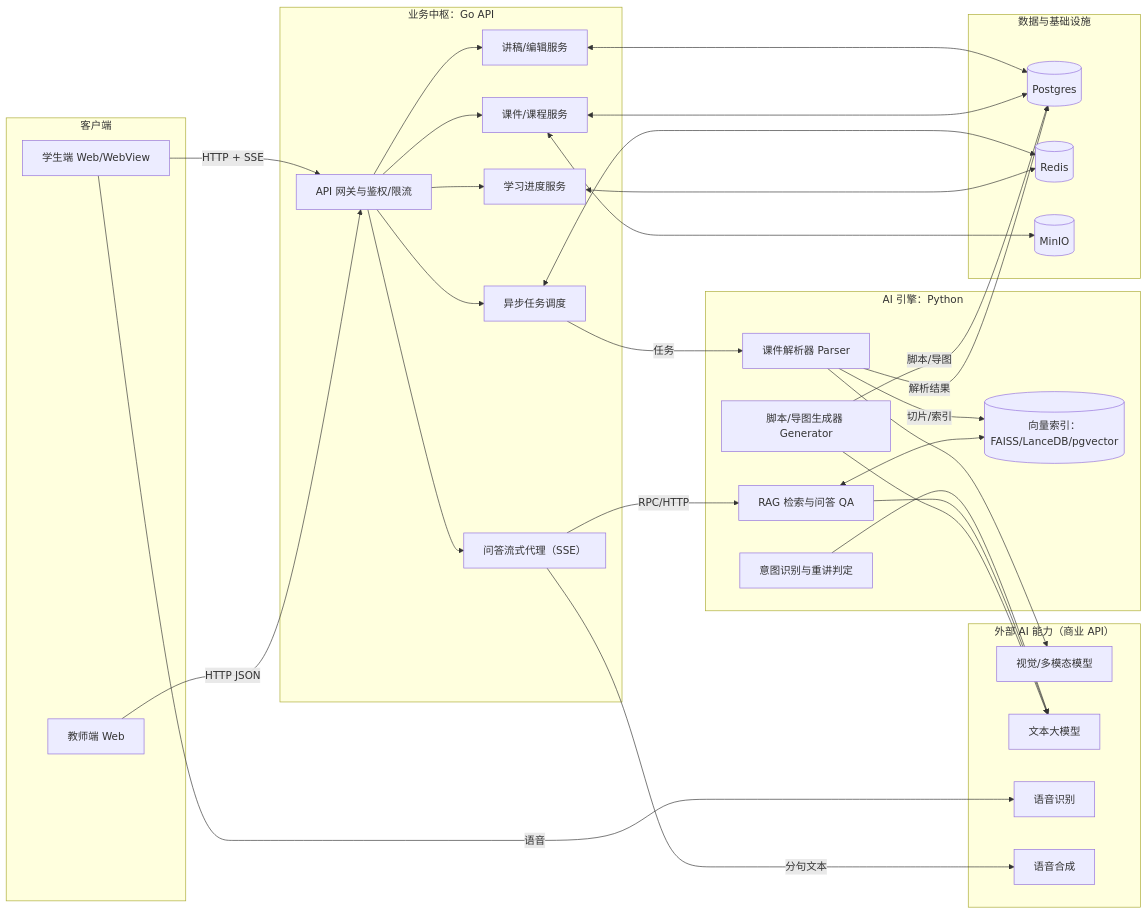
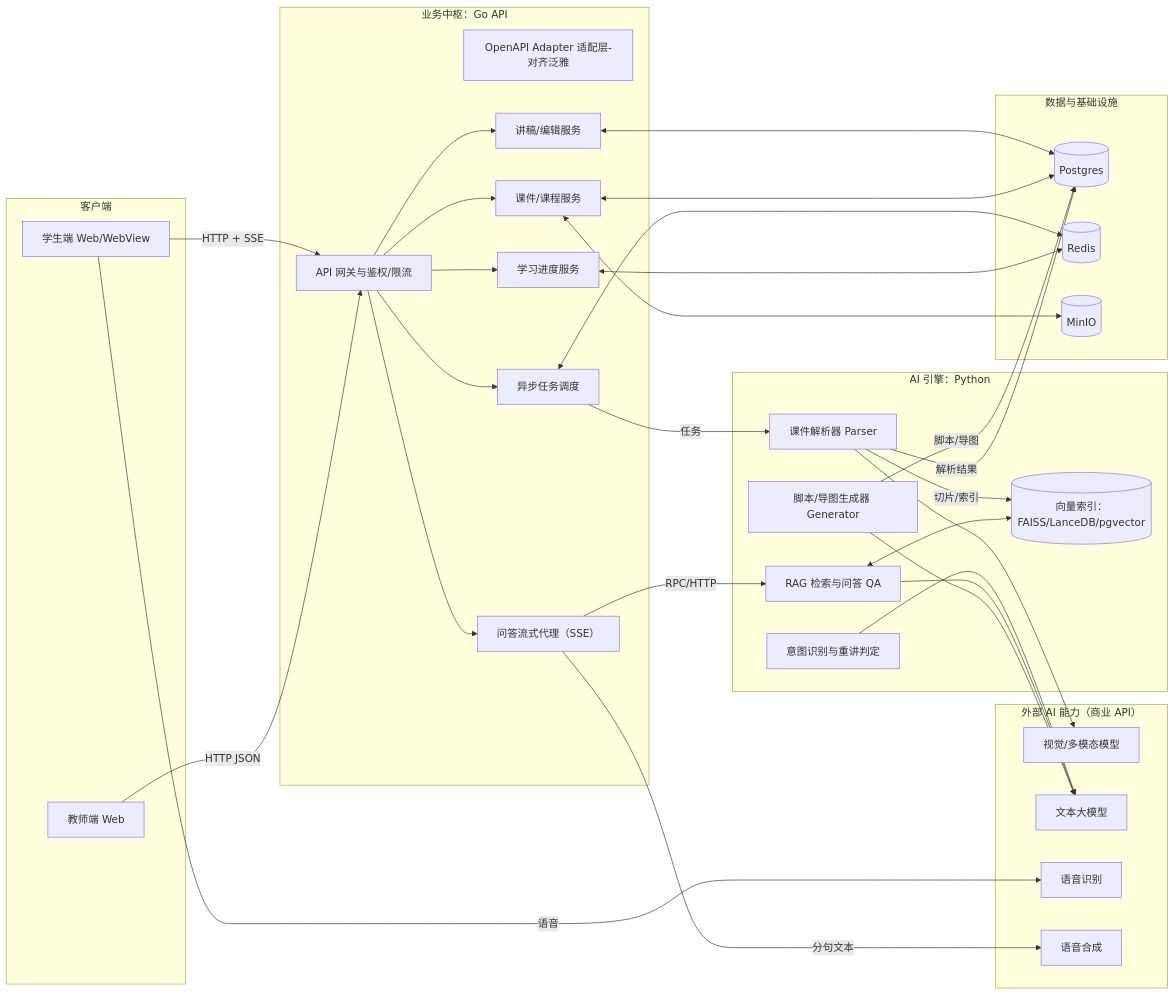
One commit to SOLECA794/FuWuWaiBao changed the first of 3 diagrams in docs/系统架构说明.md. Above: the diagram before and after it, drawn with Mermaid. The commit also changed other lines of this file and 83 other files, not shown here.

````diff
--- a/docs/系统架构说明.md
+++ b/docs/系统架构说明.md
@@ -46,72 +70,73 @@
 ```mermaid
 flowchart LR
   %% Clients
   subgraph C[客户端]
     T[教师端 Web]
     S[学生端 Web/WebView]
   end
 
   %% Backend
   subgraph B[业务中枢：Go API]
     GW[API 网关与鉴权/限流]
+    AD[OpenAPI Adapter 适配层-对齐泛雅]
     CourseSvc[课件/课程服务]
     ScriptSvc[讲稿/编辑服务]
     ProgressSvc[学习进度服务]
     QAProxy[问答流式代理（SSE）]
     JobSvc[异步任务调度]
   end
 
   %% AI
   subgraph A[AI 引擎：Python]
     Parse[课件解析器 Parser]
     Gen[脚本/导图生成器 Generator]
     RAG[RAG 检索与问答 QA]
     Intent[意图识别与重讲判定]
     Vec[(向量索引：FAISS/LanceDB/pgvector)]
   end
 
   %% Infra
   subgraph D[数据与基础设施]
     PG[(Postgres)]
     R[(Redis)]
     M[(MinIO)]
   end
 
   %% External AI
   subgraph X[外部 AI 能力（商业 API）]
     VLM[视觉/多模态模型]
     LLM[文本大模型]
     ASR[语音识别]
     TTS[语音合成]
   end
 
   T -->|HTTP JSON| GW
   S -->|HTTP + SSE| GW
 
   GW --> CourseSvc
   GW --> ScriptSvc
   GW --> ProgressSvc
   GW --> QAProxy
   GW --> JobSvc
 
   CourseSvc <--> PG
   ScriptSvc <--> PG
   ProgressSvc <--> R
   CourseSvc <--> M
 
   JobSvc <--> R
   JobSvc -->|任务| Parse
   Parse --> VLM
   Gen --> LLM
   RAG --> LLM
   RAG <--> Vec
   Intent --> LLM
 
   Parse -->|解析结果| PG
   Gen -->|脚本/导图| PG
   Parse -->|切片/索引| Vec
 
   QAProxy -->|RPC/HTTP| RAG
   S -->|语音| ASR
   QAProxy -->|分句文本| TTS
 ```
````
